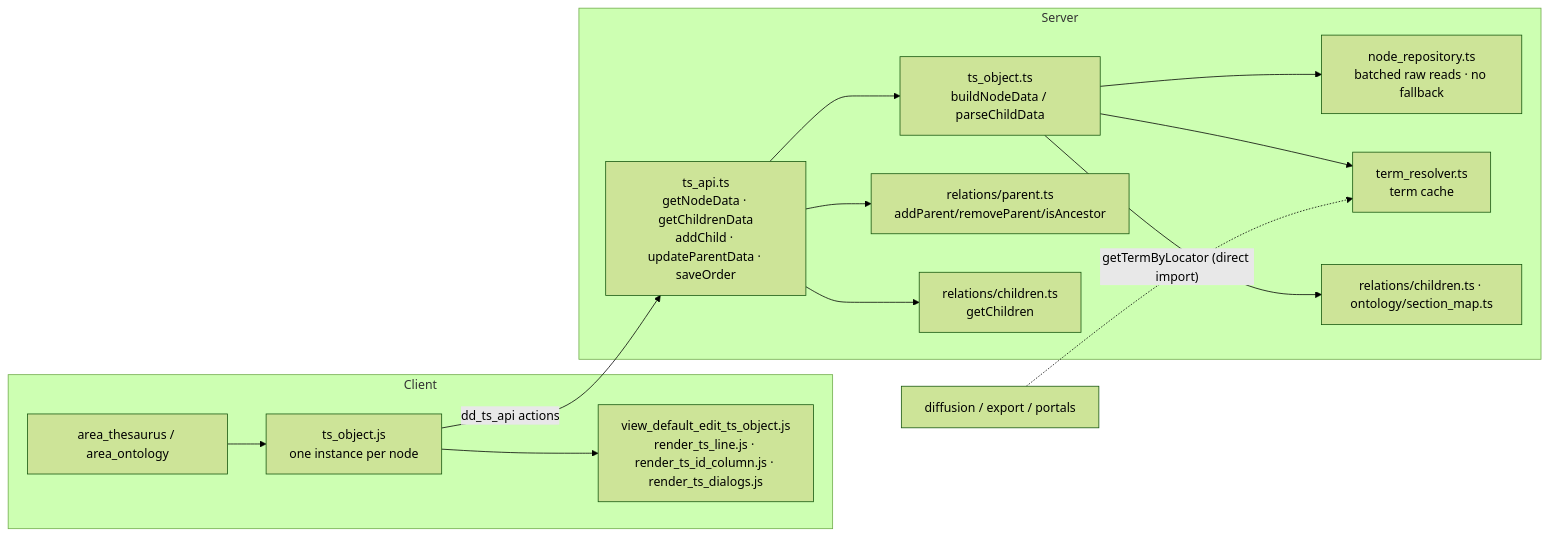
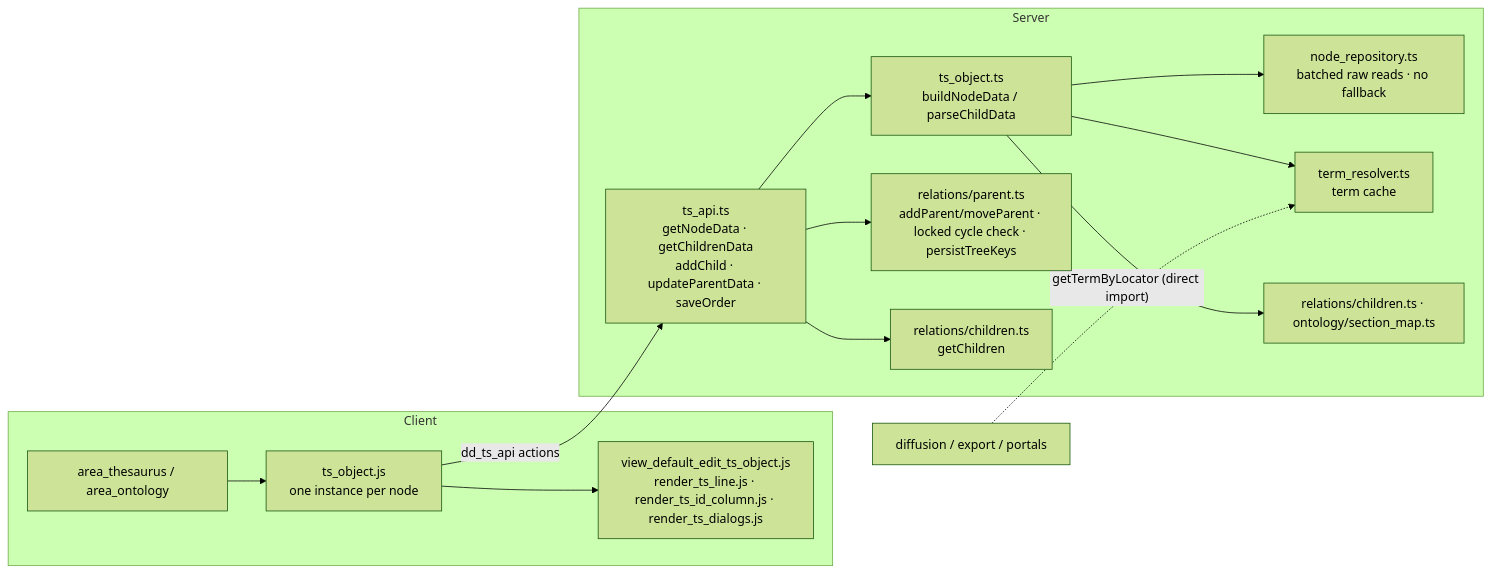
Before and after one commit to renderpci/dedalo: the diagram in docs/core/ontology/ts_object.md, drawn with Mermaid (forest theme). The commit also changed other lines of this file and 39 other files, not shown here.

````diff
--- a/docs/core/ontology/ts_object.md
+++ b/docs/core/ontology/ts_object.md
@@ -409,18 +412,18 @@
 ```mermaid
 flowchart LR
     subgraph client [Client]
         AT[area_thesaurus / area_ontology] --> TSJS[ts_object.js<br/>one instance per node]
         TSJS --> V[view_default_edit_ts_object.js<br/>render_ts_line.js · render_ts_id_column.js · render_ts_dialogs.js]
     end
     subgraph server [Server]
         API[ts_api.ts<br/>getNodeData · getChildrenData<br/>addChild · updateParentData · saveOrder]
         API --> TSMOD[ts_object.ts<br/>buildNodeData / parseChildData]
         TSMOD --> REPO[node_repository.ts<br/>batched raw reads · no fallback]
         TSMOD --> TERM[term_resolver.ts<br/>term cache]
         TSMOD --> SEC["relations/children.ts · ontology/section_map.ts"]
-        API --> PARENT[relations/parent.ts<br/>addParent/removeParent/isAncestor]
+        API --> PARENT[relations/parent.ts<br/>addParent/moveParent · locked cycle check · persistTreeKeys]
         API --> CHILD[relations/children.ts<br/>getChildren]
     end
     TSJS -- "dd_ts_api actions" --> API
     DIFF[diffusion / export / portals] -. "getTermByLocator (direct import)" .-> TERM
 ```
````
